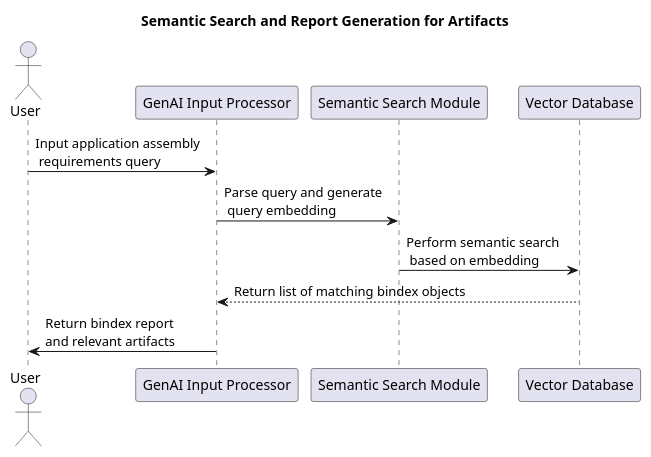
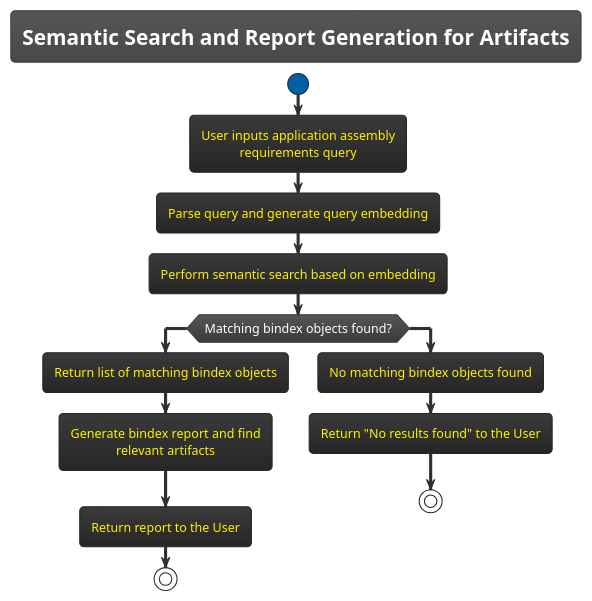
Before and after one commit to machanism-org/machai: the diagram in src/site/puml/search-bindex.puml, drawn with PlantUML. The commit also changed 6 other files, not shown here.

```diff
--- a/src/site/puml/search-bindex.puml
+++ b/src/site/puml/search-bindex.puml
@@ -1,14 +1,20 @@
 @startuml
+!theme black-knight
 title Semantic Search and Report Generation for Artifacts
 
-actor User as U
-participant "GenAI Input Processor" as GIP
-participant "Semantic Search Module" as SSM
-participant "Vector Database" as VDB
+start
+:User inputs application assembly\nrequirements query;
+:Parse query and generate query embedding;
+:Perform semantic search based on embedding;
 
-U -> GIP : Input application assembly\n requirements query
-GIP -> SSM : Parse query and generate\n query embedding
-SSM -> VDB : Perform semantic search \n based on embedding
-VDB --> GIP: Return list of matching bindex objects
-GIP-> U : Return bindex report \nand relevant artifacts
+if (Matching bindex objects found?) then (Yes)
+  :Return list of matching bindex objects;
+  :Generate bindex report and find\nrelevant artifacts;
+  :Return report to the User;
+  stop
+else (No)
+  :No matching bindex objects found;
+  :Return "No results found" to the User;
+  stop
+endif
 @enduml
```
